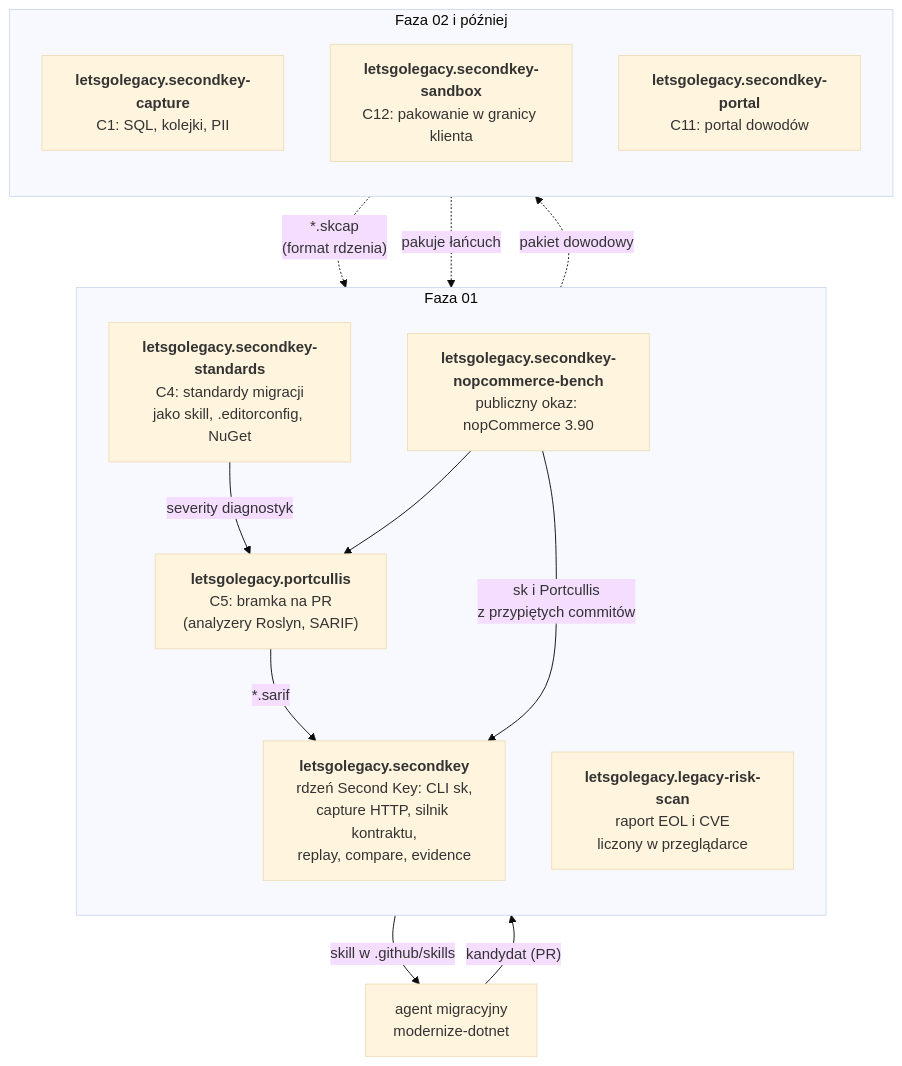
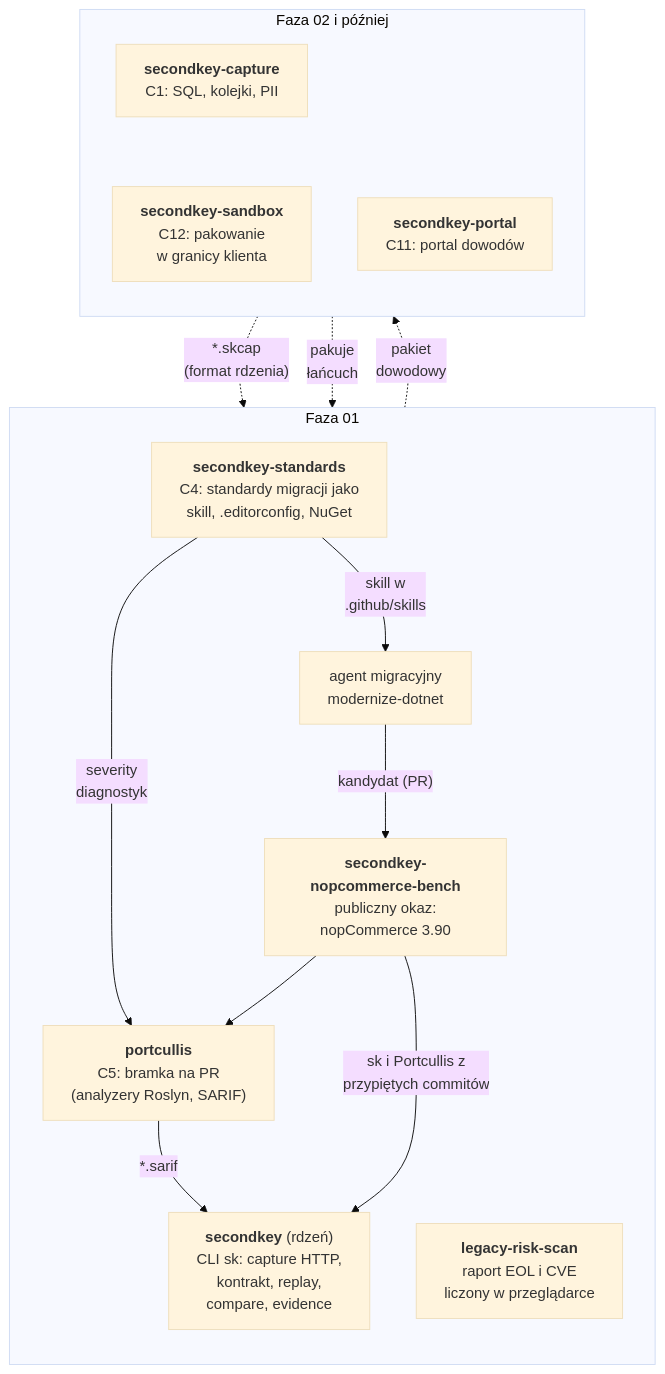
One commit to konradcinkusz/letsgolegacy.secondkey changed the diagram in docs/diagrams/a1-mapa-repozytoriow.mmd. Above: the diagram before and after it, drawn with Mermaid (base theme). The commit also changed 23 other files, not shown here.

First line of the commit message:
Framework documentation: every chapter, and diagrams sized for the page

```diff
--- a/docs/diagrams/a1-mapa-repozytoriow.mmd
+++ b/docs/diagrams/a1-mapa-repozytoriow.mmd
@@ -1,25 +1,26 @@
 flowchart TB
   subgraph F1["Faza 01"]
     direction TB
-    CORE["<b>letsgolegacy.secondkey</b><br/>rdzeń Second Key: CLI sk,<br/>capture HTTP, silnik kontraktu,<br/>replay, compare, evidence"]
-    PC["<b>letsgolegacy.portcullis</b><br/>C5: bramka na PR<br/>(analyzery Roslyn, SARIF)"]
-    STD["<b>letsgolegacy.secondkey-standards</b><br/>C4: standardy migracji<br/>jako skill, .editorconfig, NuGet"]
-    BENCH["<b>letsgolegacy.secondkey-nopcommerce-bench</b><br/>publiczny okaz: nopCommerce 3.90"]
-    LRS["<b>letsgolegacy.legacy-risk-scan</b><br/>raport EOL i CVE<br/>liczony w przeglądarce"]
+    STD["<b>secondkey-standards</b><br/>C4: standardy migracji jako<br/>skill, .editorconfig, NuGet"]
+    AGENT["agent migracyjny<br/>modernize-dotnet"]
+    PC["<b>portcullis</b><br/>C5: bramka na PR<br/>(analyzery Roslyn, SARIF)"]
+    CORE["<b>secondkey</b> (rdzeń)<br/>CLI sk: capture HTTP,<br/>kontrakt, replay,<br/>compare, evidence"]
+    BENCH["<b>secondkey-nopcommerce-bench</b><br/>publiczny okaz:<br/>nopCommerce 3.90"]
+    LRS["<b>legacy-risk-scan</b><br/>raport EOL i CVE<br/>liczony w przeglądarce"]
   end
   subgraph F2["Faza 02 i później"]
     direction TB
-    CAP["<b>letsgolegacy.secondkey-capture</b><br/>C1: SQL, kolejki, PII"]
-    SBX["<b>letsgolegacy.secondkey-sandbox</b><br/>C12: pakowanie w granicy klienta"]
-    POR["<b>letsgolegacy.secondkey-portal</b><br/>C11: portal dowodów"]
+    CAP["<b>secondkey-capture</b><br/>C1: SQL, kolejki, PII"]
+    SBX["<b>secondkey-sandbox</b><br/>C12: pakowanie<br/>w granicy klienta"]
+    POR["<b>secondkey-portal</b><br/>C11: portal dowodów"]
   end
-  AGENT["agent migracyjny<br/>modernize-dotnet"]
-  STD -- "skill w .github/skills" --> AGENT
-  STD -- "severity diagnostyk" --> PC
+  STD -- "skill w<br/>.github/skills" --> AGENT
+  STD -- "severity<br/>diagnostyk" --> PC
+  AGENT -- "kandydat (PR)" --> BENCH
   PC -- "*.sarif" --> CORE
-  BENCH -- "sk i Portcullis<br/>z przypiętych commitów" --> CORE
+  BENCH -- "sk i Portcullis z<br/>przypiętych commitów" --> CORE
   BENCH --> PC
-  AGENT -- "kandydat (PR)" --> BENCH
   CAP -. "*.skcap<br/>(format rdzenia)" .-> CORE
-  CORE -. "pakiet dowodowy" .-> POR
-  SBX -. "pakuje łańcuch" .-> CORE
+  CORE -. "pakiet<br/>dowodowy" .-> POR
+  SBX -. "pakuje<br/>łańcuch" .-> CORE
+  CAP ~~~ SBX
```
